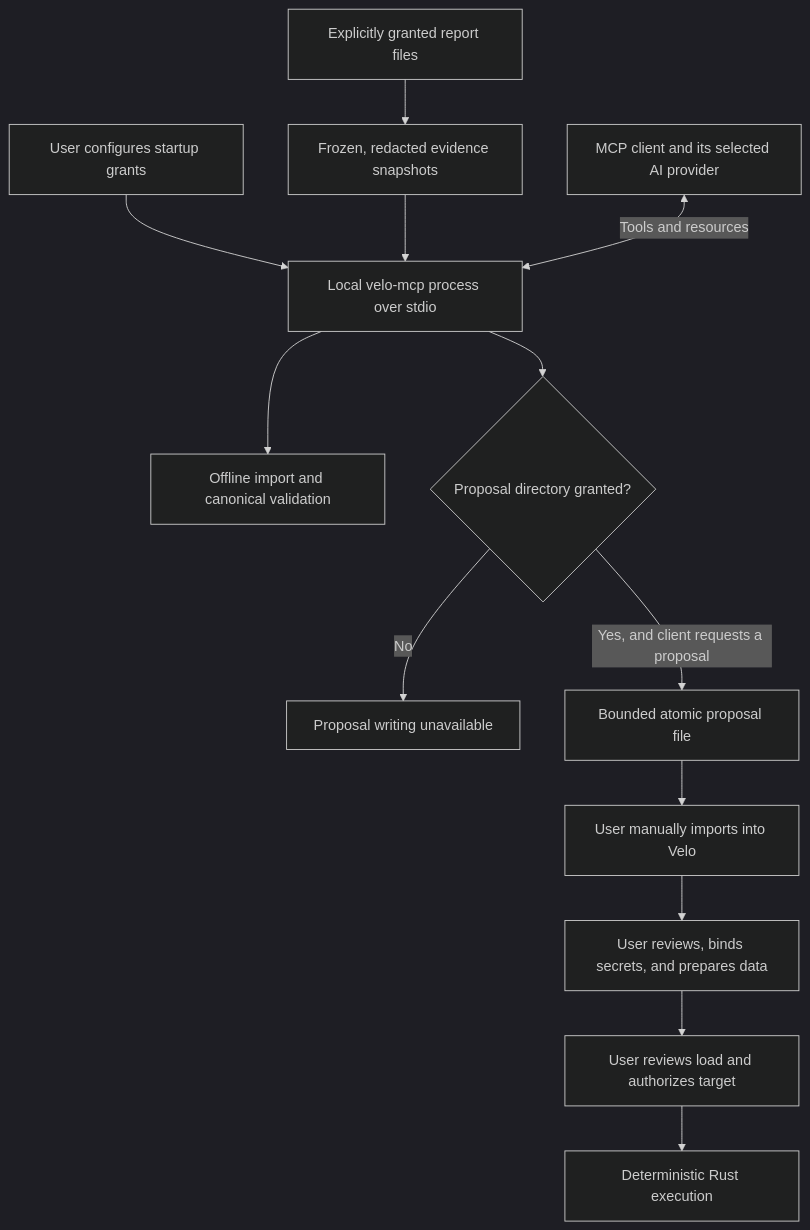
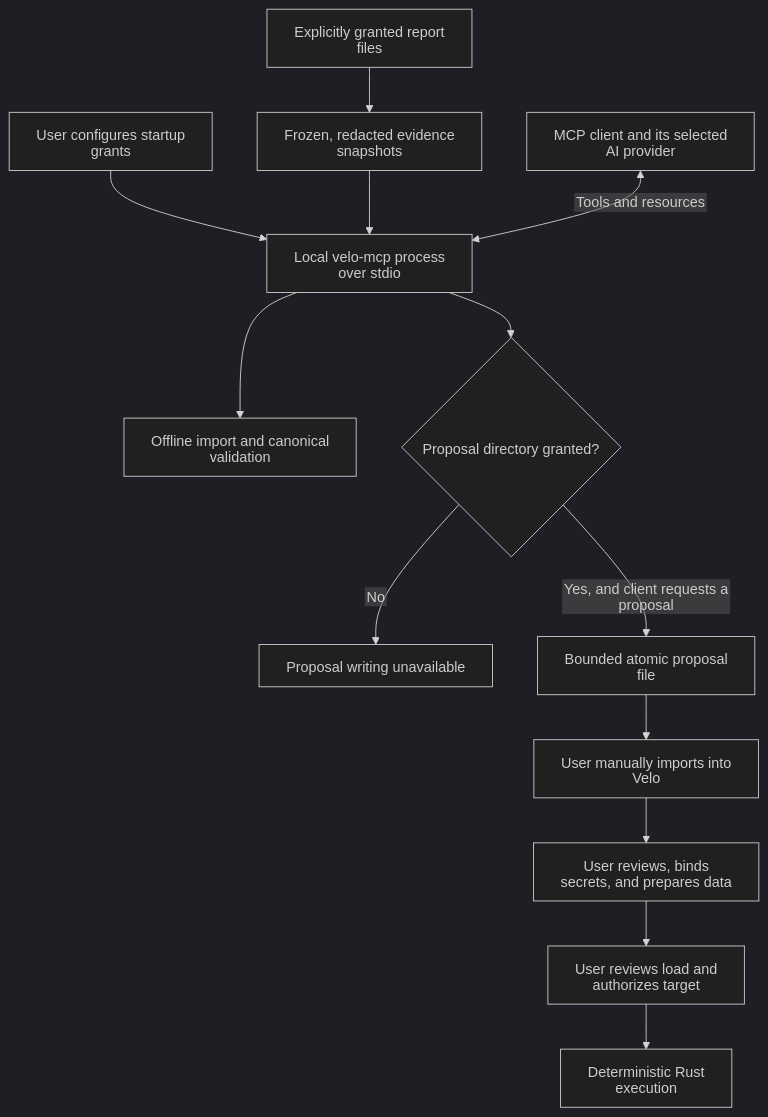
Before and after one commit to xcvzmoon/velo: the diagram in docs/mcp.md, drawn with Mermaid (dark theme). The commit also changed 1 other file, not shown here.

Commit message:
docs(ai): prevent clipped Mermaid labels on GitHub
Render flowchart labels as SVG text so GitHub does not clip foreignObject text after applying its page fonts.

````diff
--- a/docs/mcp.md
+++ b/docs/mcp.md
@@ -7,15 +7,16 @@
 ```mermaid
+%%{init: {"htmlLabels": false, "flowchart": {"htmlLabels": false}}}%%
 flowchart TD
     User["User configures startup grants"] --> Server["Local velo-mcp process over stdio"]
     Reports["Explicitly granted report files"] --> Snapshot["Frozen, redacted evidence snapshots"]
     Snapshot --> Server
     Client["MCP client and its selected AI provider"] <-->|"Tools and resources"| Server
     Server --> Offline["Offline import and canonical validation"]
     Server --> Grant{"Proposal directory granted?"}
     Grant -->|"No"| Disabled["Proposal writing unavailable"]
     Grant -->|"Yes, and client requests a proposal"| Proposal["Bounded atomic proposal file"]
     Proposal --> Import["User manually imports into Velo"]
     Import --> Review["User reviews, binds secrets, and prepares data"]
     Review --> Authorize["User reviews load and authorizes target"]
     Authorize --> Engine["Deterministic Rust execution"]
 ```
````
